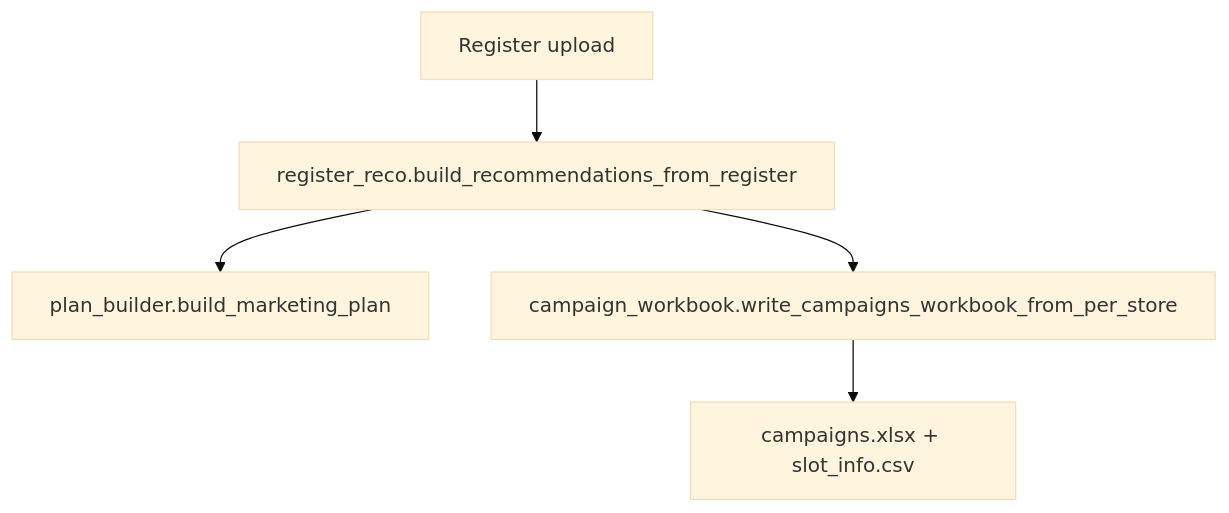
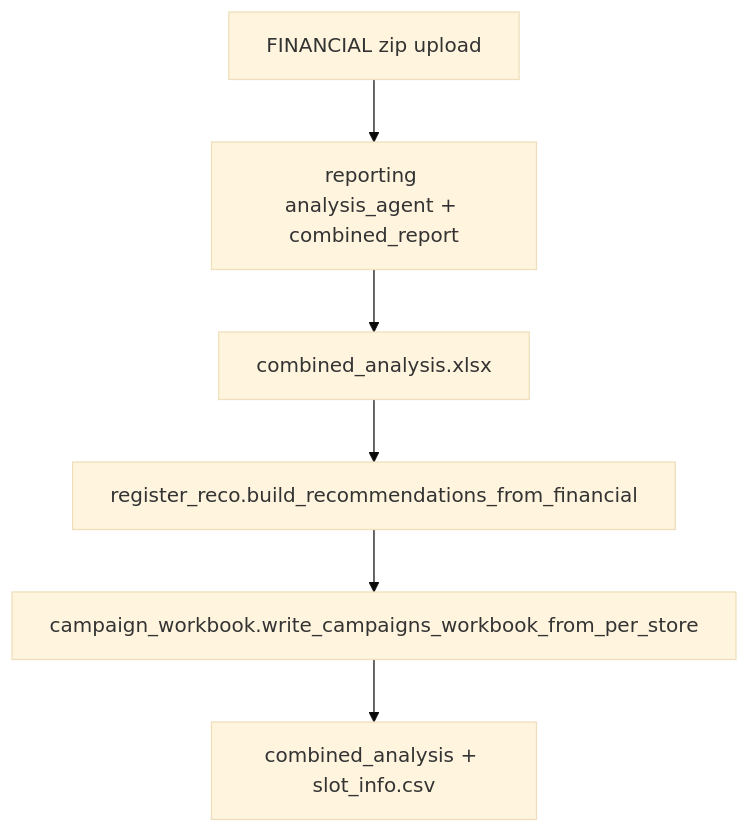
One commit to nithintodc/RalphAI changed the second of 2 diagrams in agents/strategist/strategist.md. Above: the diagram before and after it, drawn with Mermaid (base theme). The commit also changed other lines of this file and 42 other files, not shown here.

````diff
--- a/agents/strategist/strategist.md
+++ b/agents/strategist/strategist.md
@@ -49,7 +50,8 @@
 ```mermaid
 flowchart TD
-  R[Register upload] --> P[register_reco.build_recommendations_from_register]
-  P --> M[plan_builder.build_marketing_plan]
-  P --> W[campaign_workbook.write_campaigns_workbook_from_per_store]
-  W --> H[campaigns.xlsx + slot_info.csv]
+  F[FINANCIAL zip upload] --> P[reporting analysis_agent + combined_report]
+  P --> C[combined_analysis.xlsx]
+  C --> R[register_reco.build_recommendations_from_financial]
+  R --> W[campaign_workbook.write_campaigns_workbook_from_per_store]
+  W --> H[combined_analysis + slot_info.csv]
 ```
````
